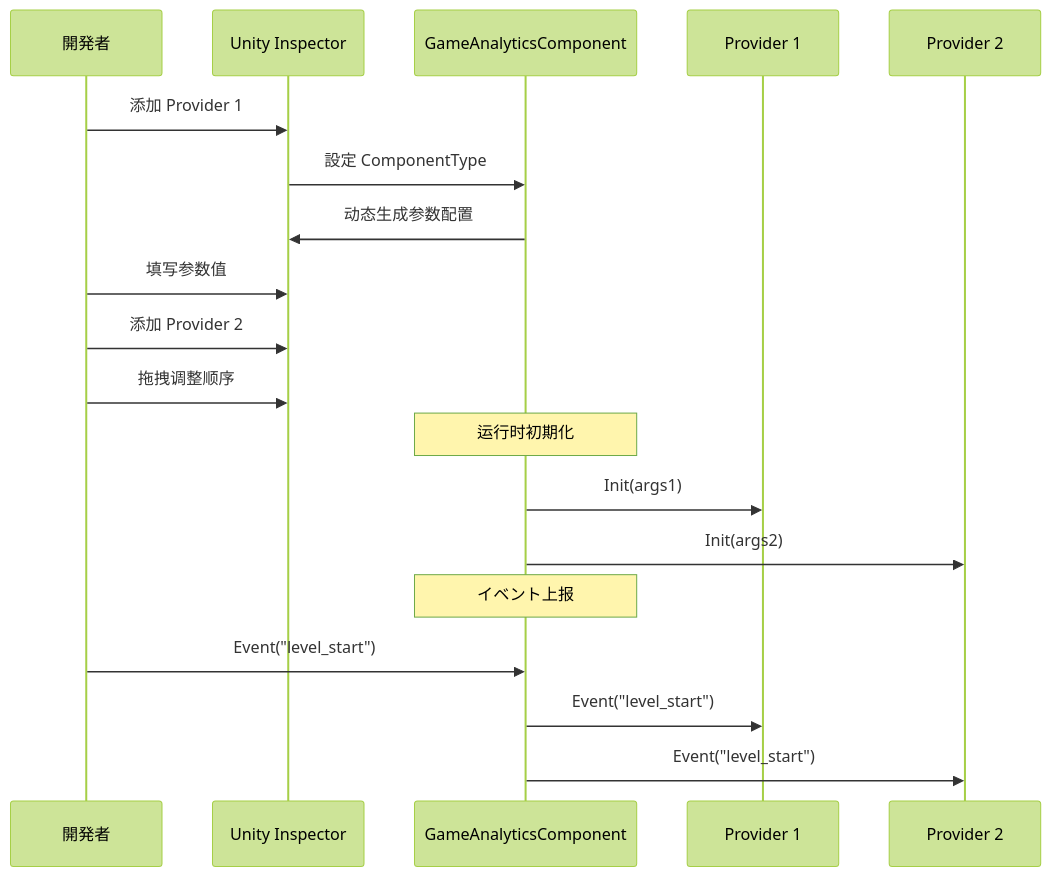
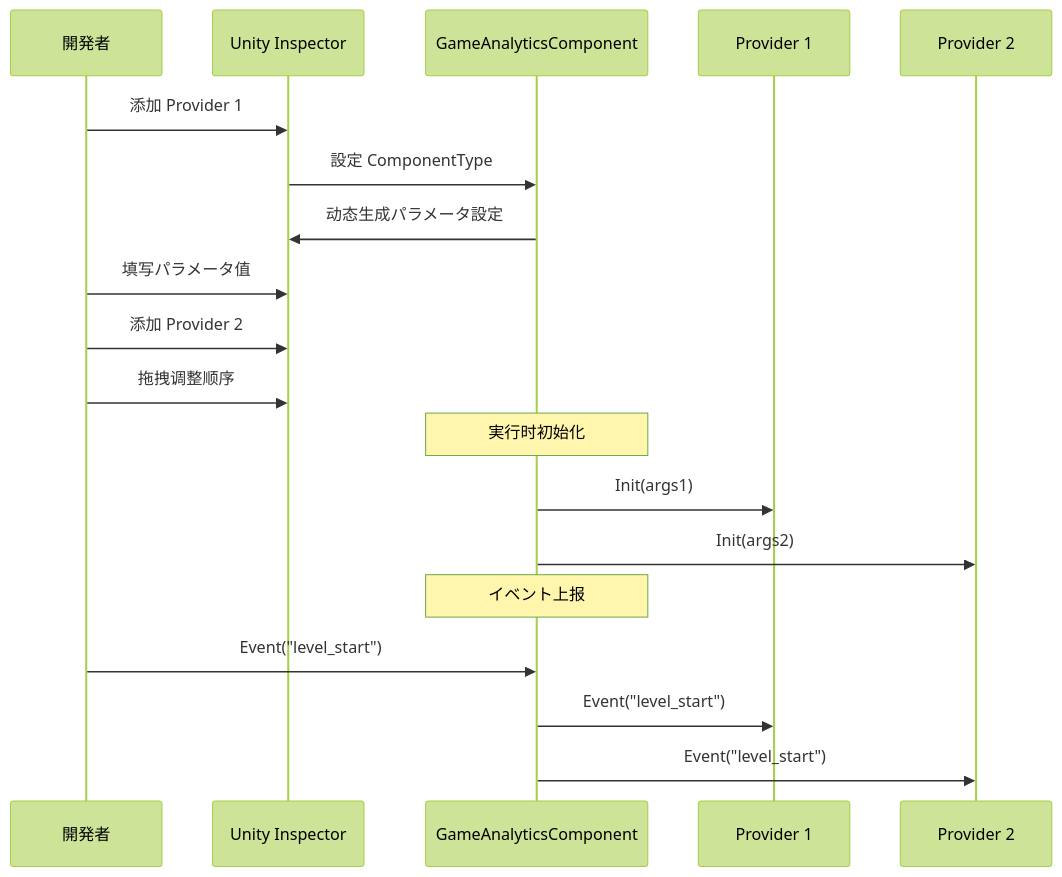
The second of 2 diagrams in docs/ja/client/unity/component/gameanalytics/05.configuration.md (AlianBlank/GameFrameX.Docs), drawn with Mermaid (forest theme) before and after one commit. The commit also changed other lines of this file and 320 other files, not shown here.

````diff
--- a/docs/ja/client/unity/component/gameanalytics/05.configuration.md
+++ b/docs/ja/client/unity/component/gameanalytics/05.configuration.md
@@ -160,24 +160,24 @@
 ```mermaid
 sequenceDiagram
     participant User as 開発者
     participant Inspector as Unity Inspector
     participant Component as GameAnalyticsComponent
     participant Provider1 as Provider 1
     participant Provider2 as Provider 2
 
     User->>Inspector: 添加 Provider 1
     Inspector->>Component: 設定 ComponentType
-    Component->>Inspector: 动态生成参数配置
-    User->>Inspector: 填写参数值
+    Component->>Inspector: 动态生成パラメータ設定
+    User->>Inspector: 填写パラメータ值
     User->>Inspector: 添加 Provider 2
     User->>Inspector: 拖拽调整顺序
     
-    Note over Component: 运行时初期化
+    Note over Component: 実行时初始化
     Component->>Provider1: Init(args1)
     Component->>Provider2: Init(args2)
     
     Note over Component: イベント上报
     User->>Component: Event("level_start")
     Component->>Provider1: Event("level_start")
     Component->>Provider2: Event("level_start")
 ```
````
